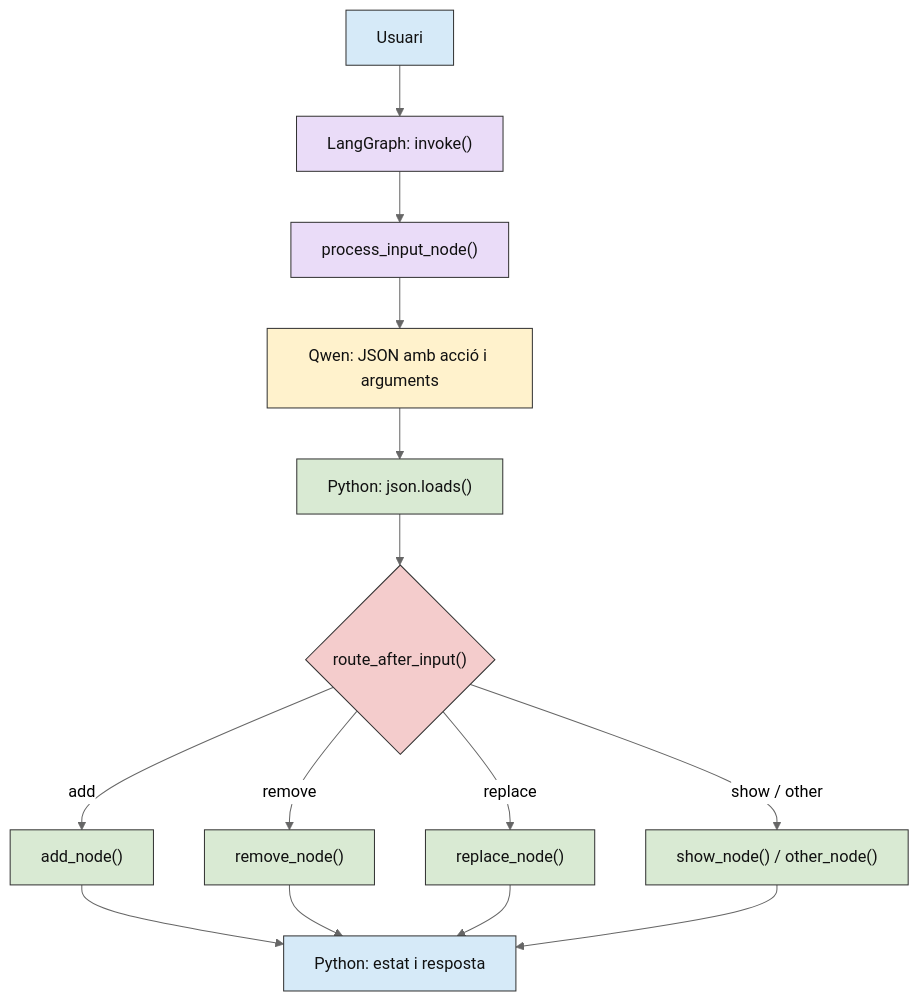
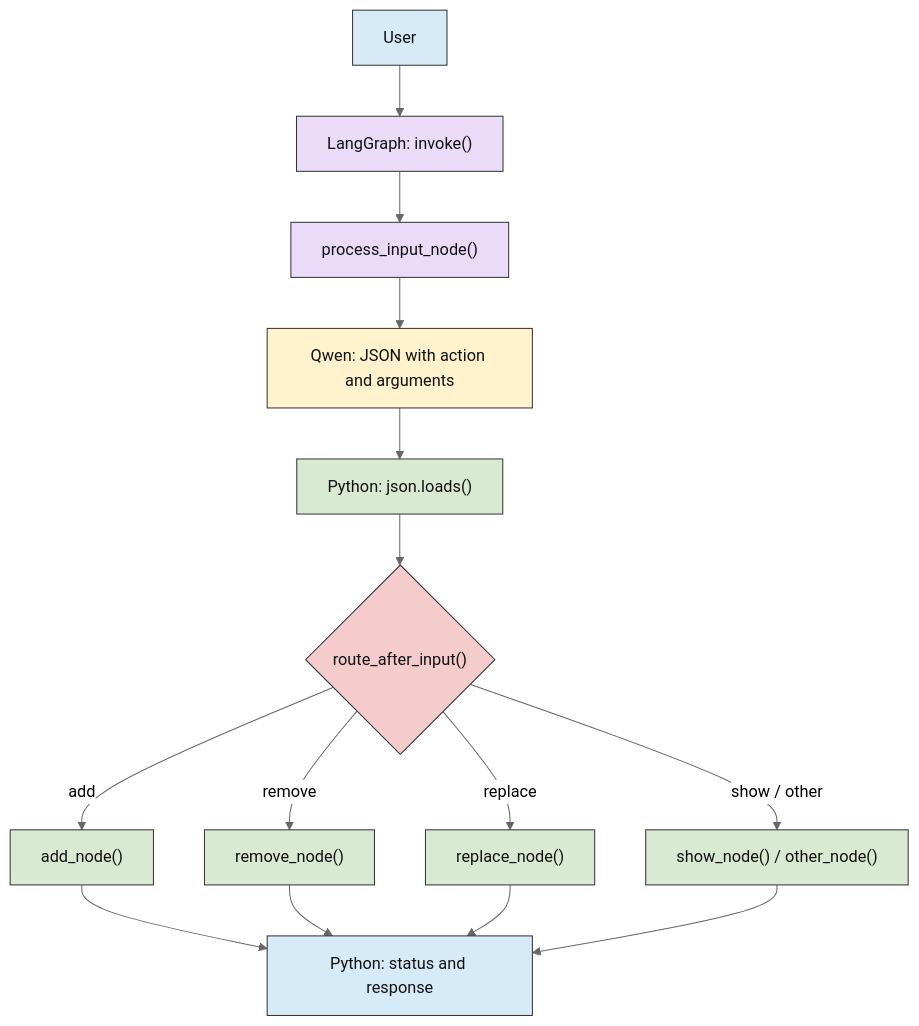
Before and after one commit to eetac/Visual_tools_for_AI: the eighth of 15 diagrams in AI_Observability/docs/08_examples.md, drawn with Mermaid (neutral theme). The commit also changed other lines of this file and 31 other files, not shown here.

````diff
--- a/AI_Observability/docs/08_examples.md
+++ b/AI_Observability/docs/08_examples.md
@@ -740,28 +740,28 @@
 ```mermaid
 flowchart TD
-    U["Usuari"] --> G["LangGraph: invoke()"]
+    U["User"] --> G["LangGraph: invoke()"]
     G --> P["process_input_node()"]
-    P --> L["Qwen: JSON amb acció i arguments"]
+    P --> L["Qwen: JSON with action and arguments"]
     L --> V["Python: json.loads()"]
     V --> R{"route_after_input()"}
     R -->|add| A["add_node()"]
     R -->|remove| B["remove_node()"]
     R -->|replace| C["replace_node()"]
     R -->|show / other| D["show_node() / other_node()"]
-    A --> F["Python: estat i resposta"]
+    A --> F["Python: status and response"]
     B --> F
     C --> F
     D --> F
     class U,F entrada
     class G,P servei
     class L llm
     class V,A,B,C,D python
     class R decisio
     classDef entrada fill:#D6EAF8,stroke:#333333,color:#111111
     classDef llm fill:#FFF2CC,stroke:#333333,color:#111111
     classDef python fill:#D9EAD3,stroke:#333333,color:#111111
     classDef decisio fill:#F4CCCC,stroke:#333333,color:#111111
     classDef servei fill:#EADCF8,stroke:#333333,color:#111111
     classDef agent fill:#FCE5CD,stroke:#333333,color:#111111
     classDef opik fill:#F5F5F5,stroke:#333333,color:#111111
 ```
````
